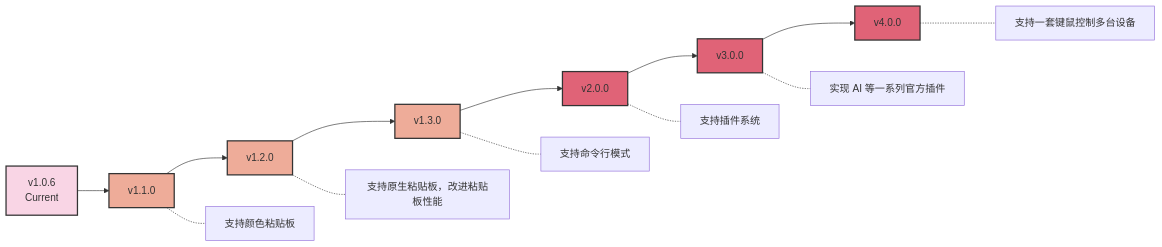
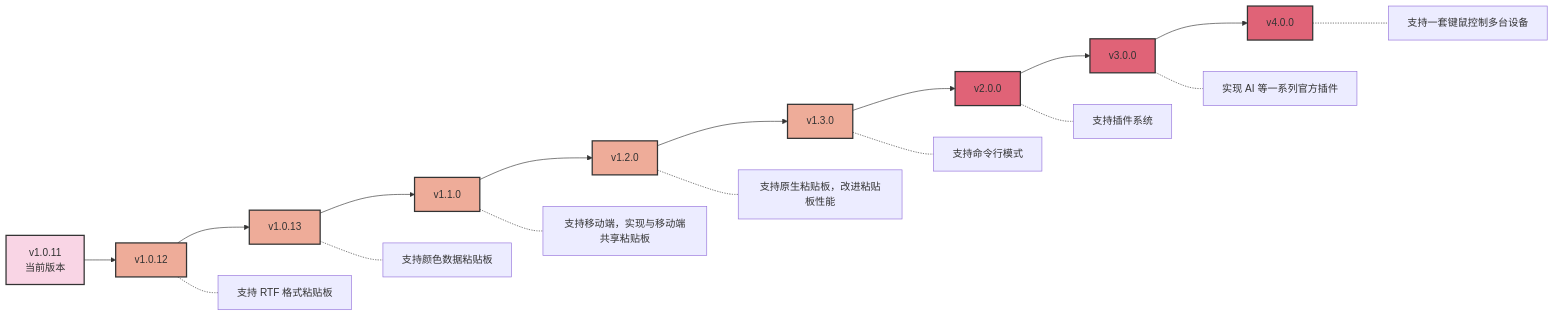
One commit to CrossPaste/crosspaste-desktop changed the diagram in doc/zh/Roadmap.md. Above: the diagram before and after it, drawn with Mermaid. The commit also changed 3 other files, not shown here.

Commit message:
:memo: Update the current roadmap

````diff
--- a/doc/zh/Roadmap.md
+++ b/doc/zh/Roadmap.md
@@ -5,23 +5,27 @@
 ```mermaid
 graph LR
-    A[v1.0.6<br/>Current] --> B[v1.1.0]
+    A[v1.0.11<br/>当前版本] --> AA[v1.0.12]
+    AA --> AB[v1.0.13]
+    AB --> B[v1.1.0]
     B --> C[v1.2.0]
     C --> D[v1.3.0]
     D --> E[v2.0.0]
     E --> F[v3.0.0]
     F --> G[v4.0.0]
 
-    B -.- B1[支持颜色粘贴板]
+    AA -.- AA1[支持 RTF 格式粘贴板]
+    AB -.- AB1[支持颜色数据粘贴板]
+    B -.- B1[支持移动端，实现与移动端共享粘贴板]
     C -.- C1[支持原生粘贴板，改进粘贴板性能]
     D -.- D1[支持命令行模式]
     E -.- E1[支持插件系统]
     F -.- F1[实现 AI 等一系列官方插件]
     G -.- G2[支持一套键鼠控制多台设备]
 
     classDef current fill:#f9d5e5,stroke:#333,stroke-width:2px
     classDef minor fill:#eeac99,stroke:#333,stroke-width:2px
     classDef major fill:#e06377,stroke:#333,stroke-width:2px
     class A current
-    class B,C,D minor
+    class AA,AB,B,C,D minor
     class E,F,G major
 ```
````
